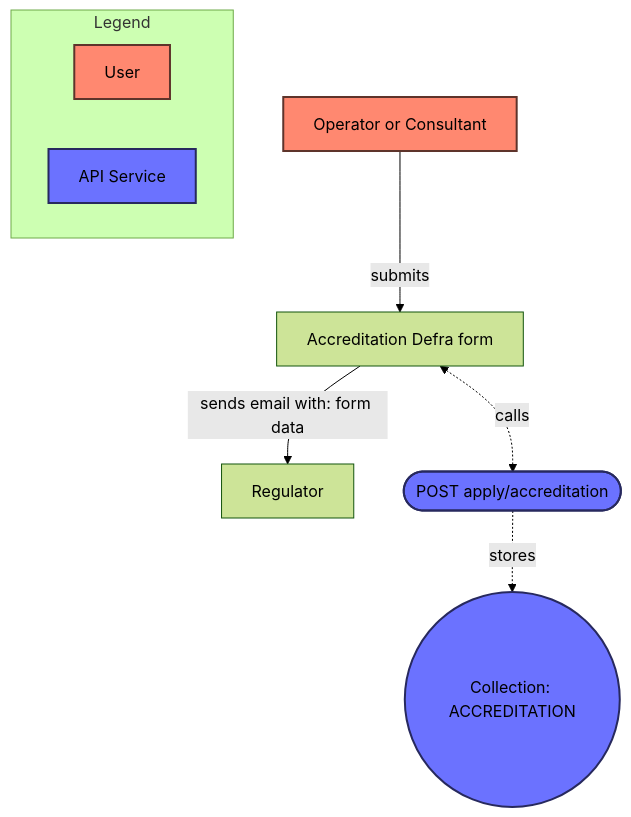
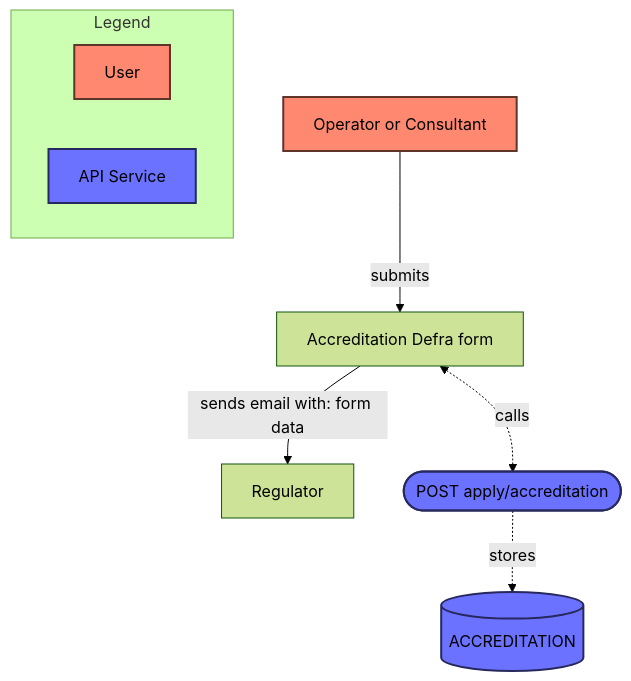
The seventh of 10 diagrams in docs/architecture/defined/2025-reg-acc-lld.md (DEFRA/epr-backend), drawn with Mermaid (forest theme) before and after one commit. The commit also changed other lines of this file and 1 other file, not shown here.

````diff
--- a/docs/architecture/defined/2025-reg-acc-lld.md
+++ b/docs/architecture/defined/2025-reg-acc-lld.md
@@ -208,26 +208,26 @@
 ```mermaid
 flowchart TD;
 
 %% Styles
 classDef user fill:#FF8870,stroke:#5E342B,stroke-width:2px
 classDef service fill:#6B72FF,stroke:#27295E,stroke-width:2px
 
 %% Entities
 operator[Operator or Consultant]
 regulator[Regulator]
 form[Accreditation Defra form]
 endpoint([POST apply/accreditation])
-database((Collection: ACCREDITATION))
+database[(ACCREDITATION)]
 
 %% Flow
 operator:::user --submits-->form
 form<-.calls.->endpoint:::service
 form--sends email with: form data-->regulator
 endpoint:::service -.stores.->database:::service
 
 %% Legend
 subgraph legend [Legend]
   User:::user
   apiService[API Service]:::service
 end
 ```
````
